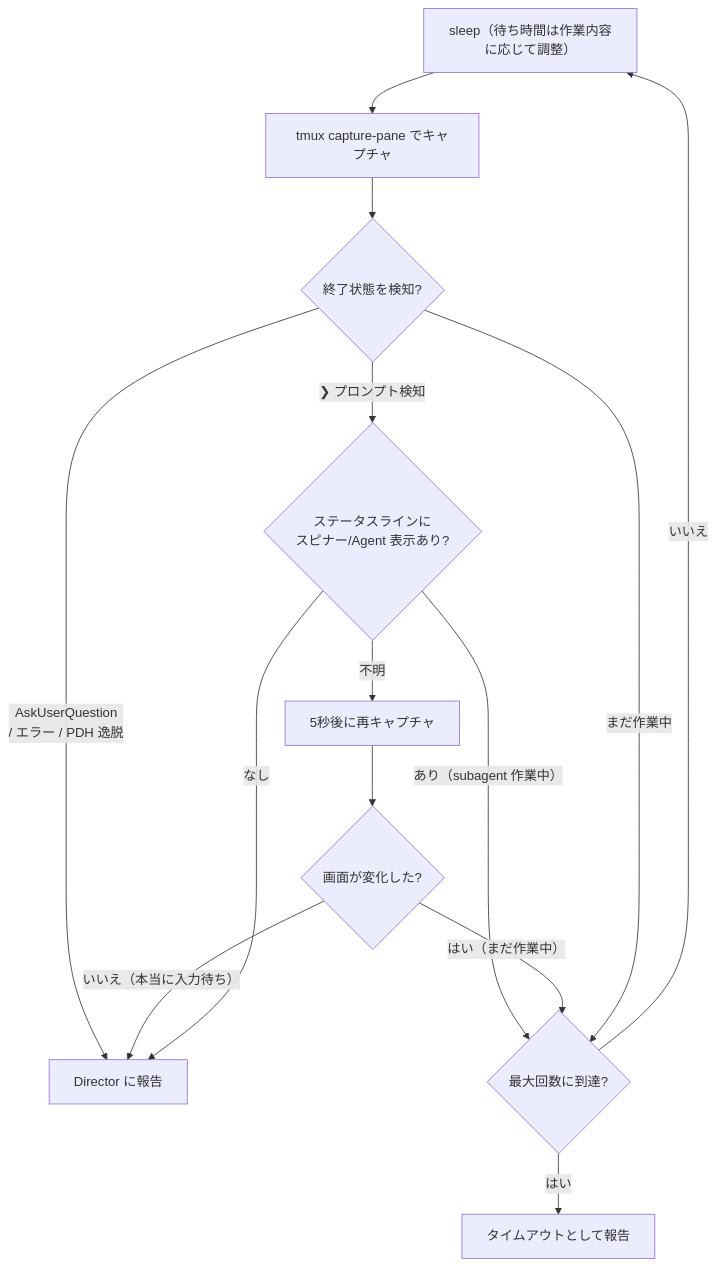
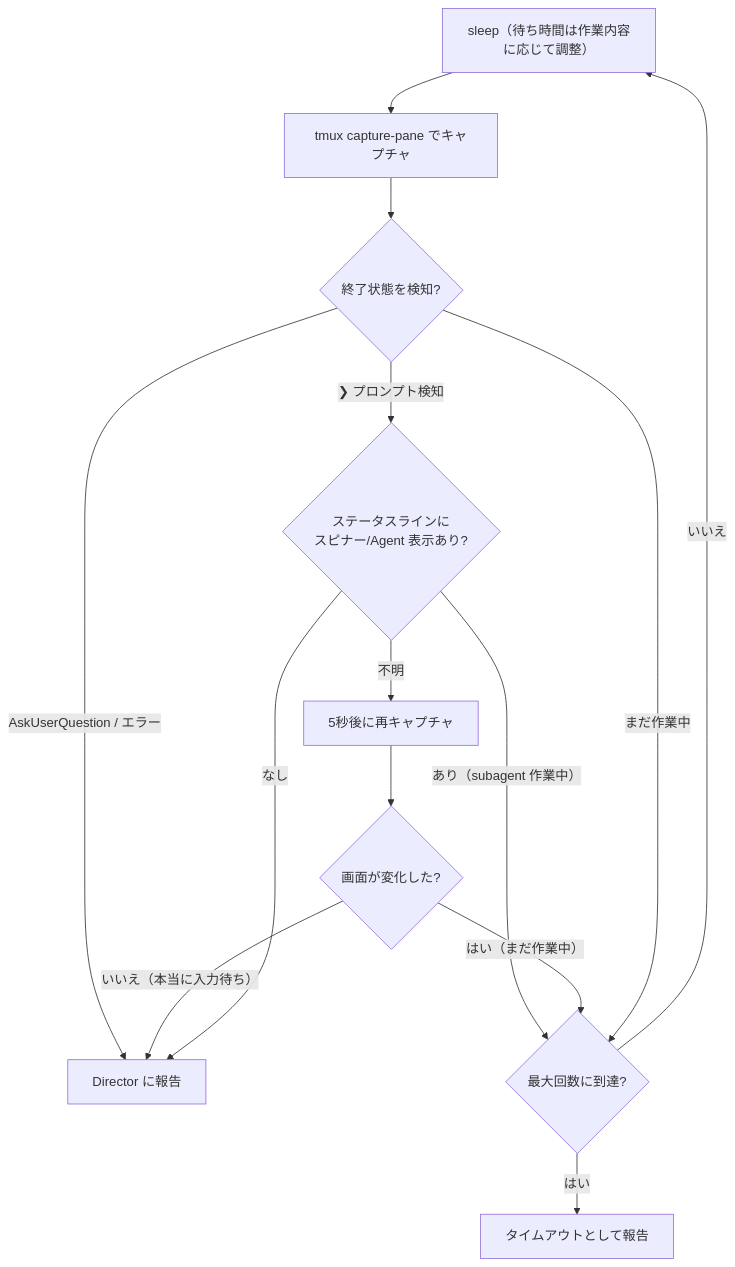
The second of 3 diagrams in skills/tmux-director/SKILL.md (masuidrive/pdh), drawn with Mermaid before and after one commit. The commit also changed other lines of this file and 1 other file, not shown here.

````diff
--- a/skills/tmux-director/SKILL.md
+++ b/skills/tmux-director/SKILL.md
@@ -48,16 +47,16 @@
 ```mermaid
 flowchart TD
     M1["sleep（待ち時間は作業内容に応じて調整）"] --> M2["tmux capture-pane でキャプチャ"]
     M2 --> M3{"終了状態を検知?"}
-    M3 -- "AskUserQuestion<br/>/ エラー / PDH 逸脱" --> M4["Director に報告"]
+    M3 -- "AskUserQuestion / エラー" --> M4["Director に報告"]
     M3 -- "❯ プロンプト検知" --> M3a{"ステータスラインに<br/>スピナー/Agent 表示あり?"}
     M3a -- "あり（subagent 作業中）" --> M5
     M3a -- "不明" --> M3b["5秒後に再キャプチャ"]
     M3b --> M3c{"画面が変化した?"}
     M3c -- "はい（まだ作業中）" --> M5
     M3c -- "いいえ（本当に入力待ち）" --> M4
     M3a -- "なし" --> M4
     M3 -- "まだ作業中" --> M5{"最大回数に到達?"}
     M5 -- "いいえ" --> M1
     M5 -- "はい" --> M6["タイムアウトとして報告"]
 ```
````
